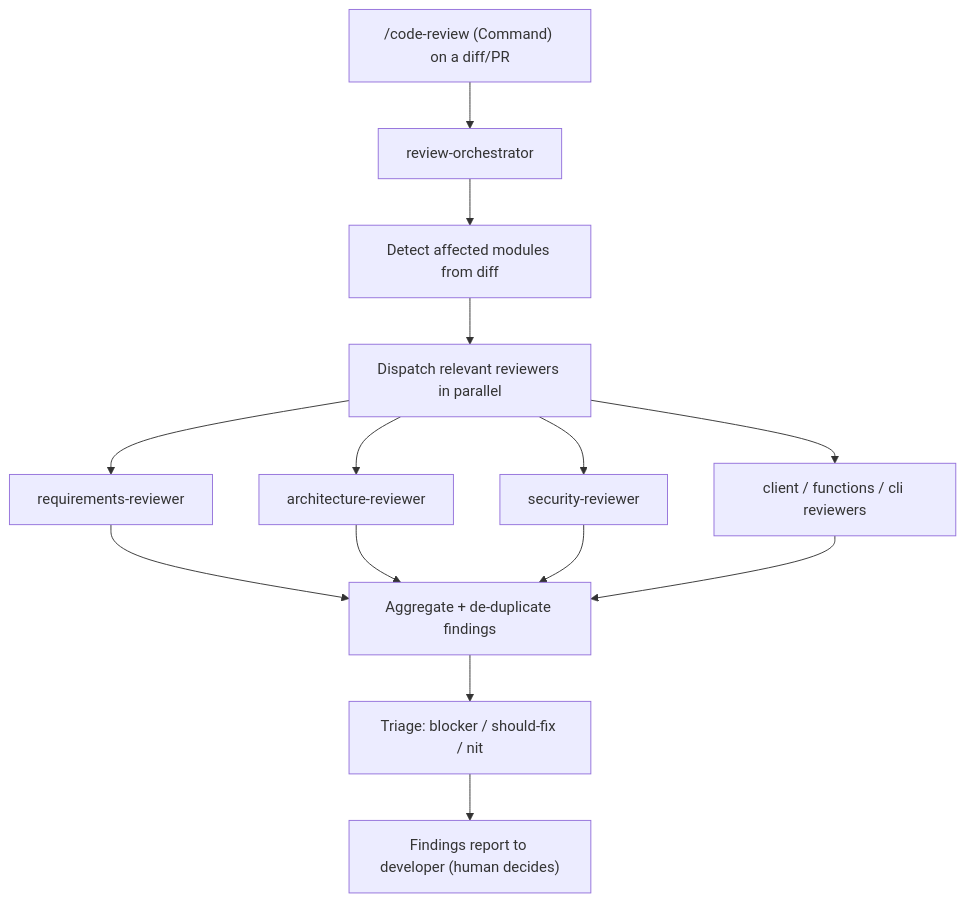
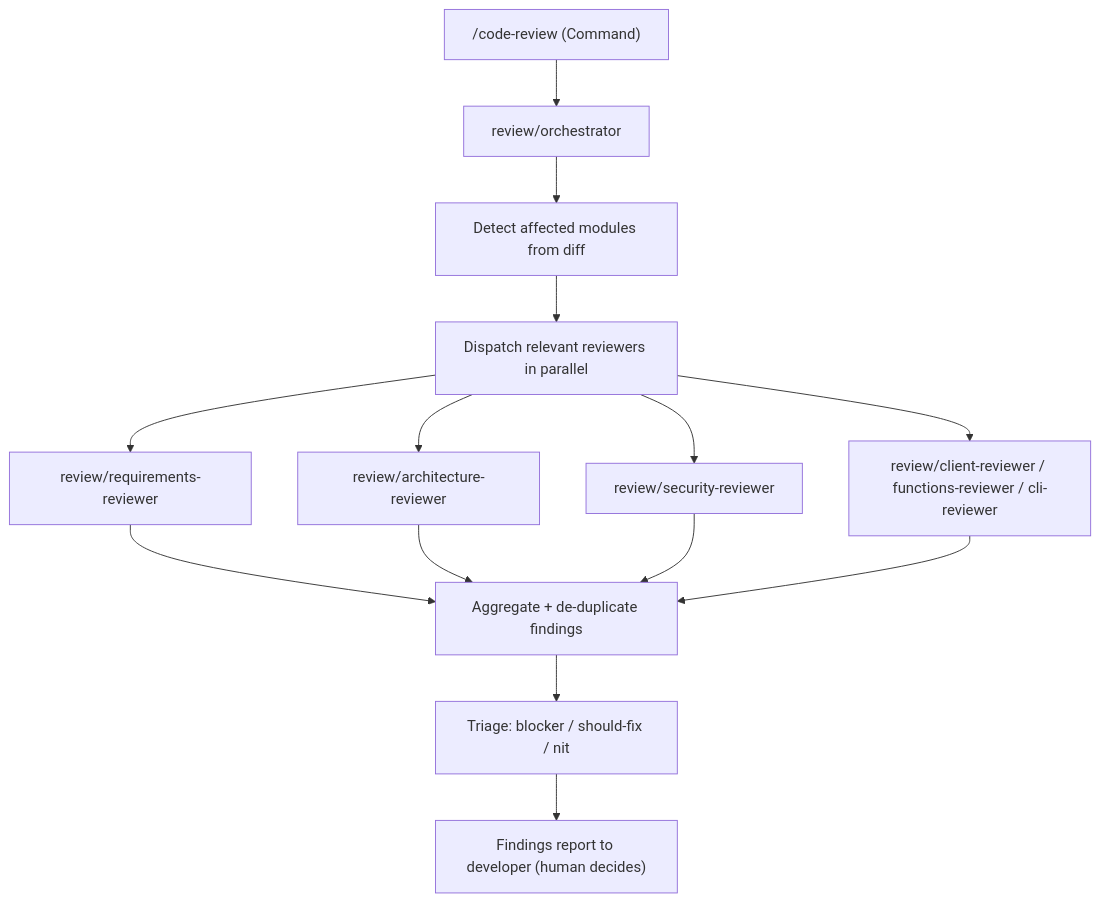
The second of 3 diagrams in wiki/ai-dev-ecosystem.md (dosandk/SkillStack), drawn with Mermaid before and after one commit. The commit also changed other lines of this file, not shown here.

````diff
--- a/wiki/ai-dev-ecosystem.md
+++ b/wiki/ai-dev-ecosystem.md
@@ -207,13 +228,13 @@
 ```mermaid
 flowchart TD
-  Trigger["/code-review (Command) on a diff/PR"] --> Orchestrator["review-orchestrator"]
+  Trigger["/code-review (Command)"] --> Orchestrator["review/orchestrator"]
   Orchestrator --> Detect["Detect affected modules from diff"]
   Detect --> Fanout["Dispatch relevant reviewers in parallel"]
-  Fanout --> ReqRev["requirements-reviewer"]
-  Fanout --> ArchRev["architecture-reviewer"]
-  Fanout --> SecRev["security-reviewer"]
-  Fanout --> ModRev["client / functions / cli reviewers"]
+  Fanout --> ReqRev["review/requirements-reviewer"]
+  Fanout --> ArchRev["review/architecture-reviewer"]
+  Fanout --> SecRev["review/security-reviewer"]
+  Fanout --> ModRev["review/client-reviewer / functions-reviewer / cli-reviewer"]
   ReqRev & ArchRev & SecRev & ModRev --> Aggregate["Aggregate + de-duplicate findings"]
   Aggregate --> Triage["Triage: blocker / should-fix / nit"]
   Triage --> Report["Findings report to developer (human decides)"]
 ```
````
